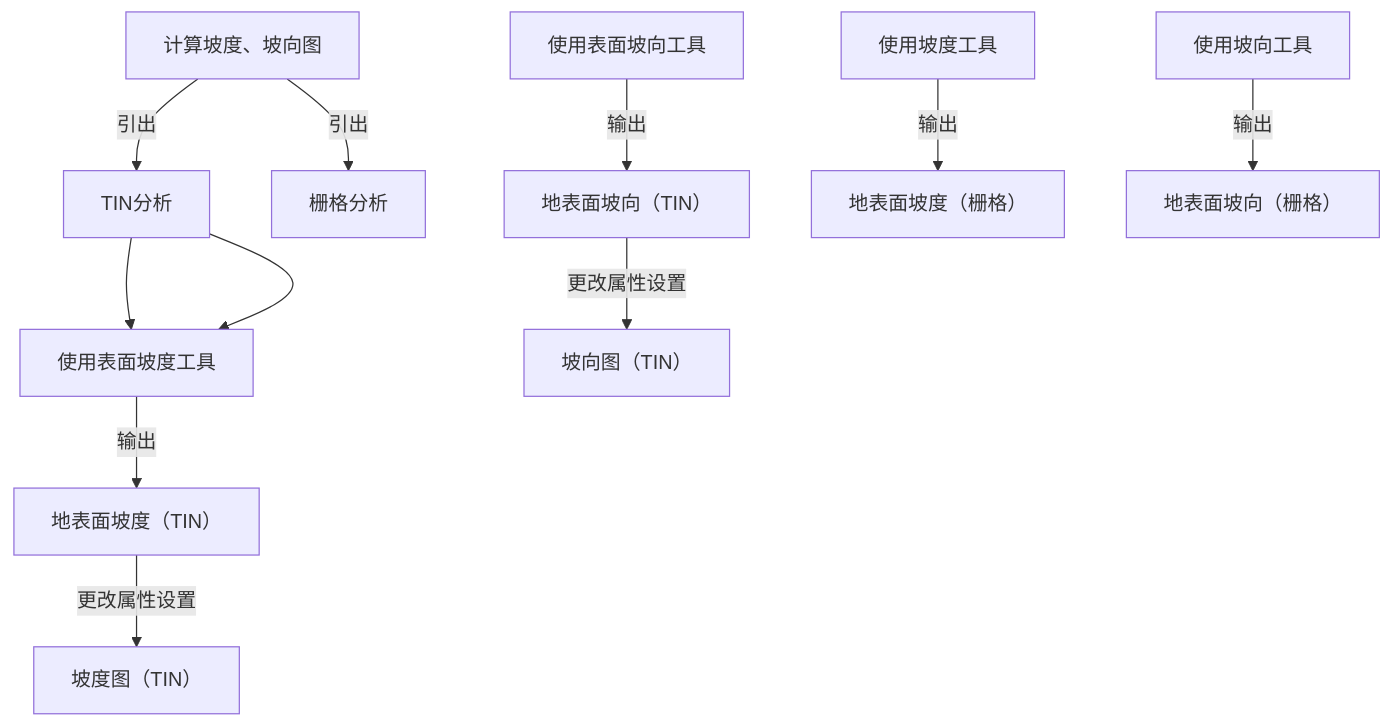
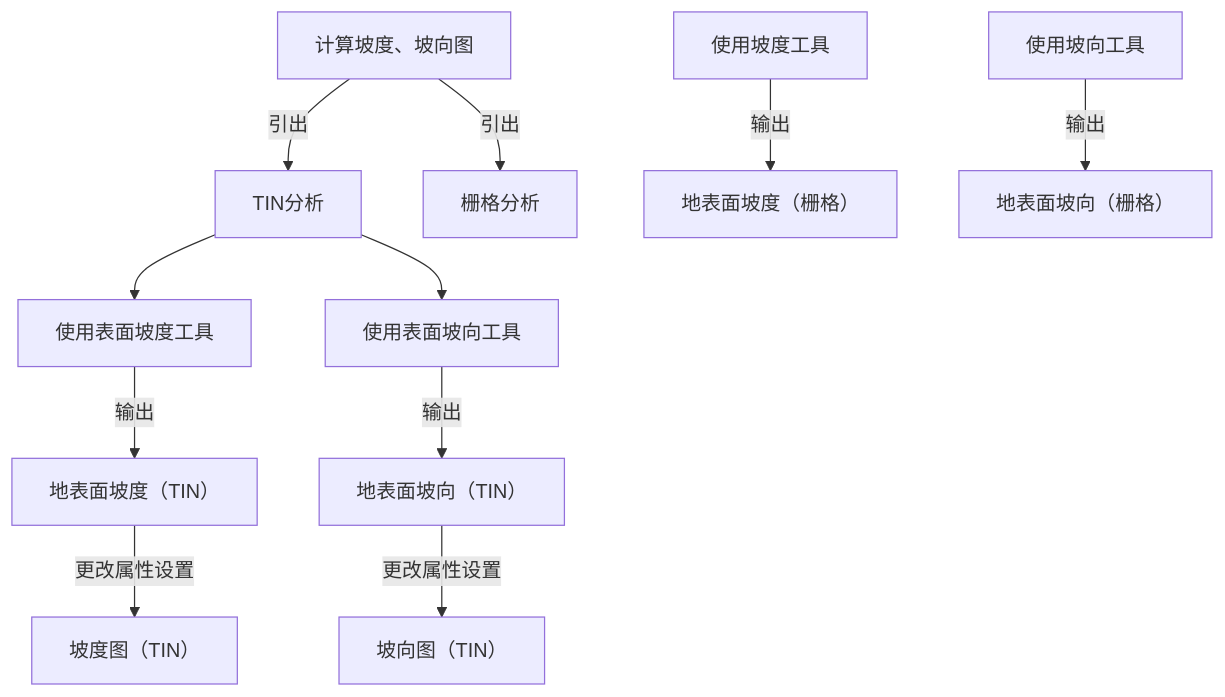
One commit to newguser/iodraw-files changed the diagram in all/未命名.md. Above: the diagram before and after it, drawn with Mermaid.

Commit message:
2025-02-27 22:11:47 update

````diff
--- a/all/未命名.md
+++ b/all/未命名.md
@@ -1,15 +1,15 @@
 ```mermaid
 graph TD
     A[计算坡度、坡向图] -->|引出| B[TIN分析]
     A -->|引出| C[栅格分析]
     B[TIN分析]--> B1[使用表面坡度工具]
-    B[TIN分析]--> 
+    B[TIN分析]--> B4[使用表面坡向工具]
         B1[使用表面坡度工具] -->|输出| B2[地表面坡度（TIN）]
         B2 -->|更改属性设置| B3[坡度图（TIN）]
         B4[使用表面坡向工具] -->|输出| B5[地表面坡向（TIN）]
         B5 -->|更改属性设置| B6[坡向图（TIN）]
 
         C1[使用坡度工具] -->|输出| C2[地表面坡度（栅格）]
         C3[使用坡向工具] -->|输出| C4[地表面坡向（栅格）]
 
 ```
````
